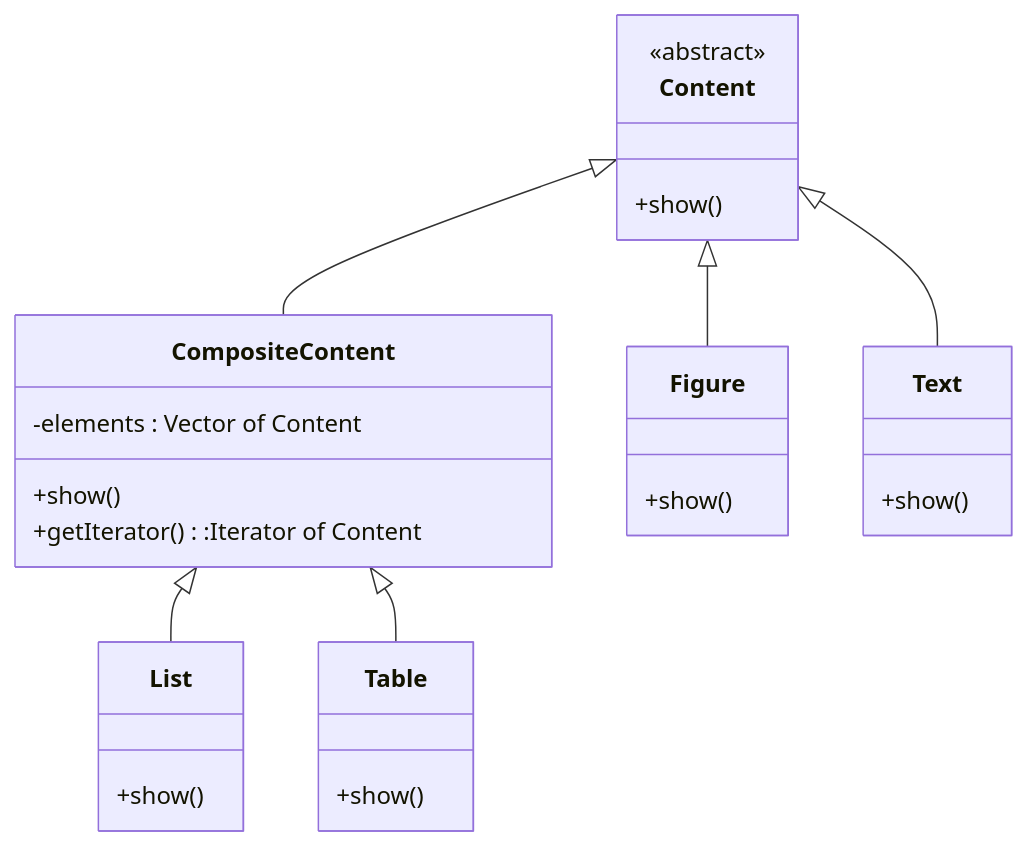
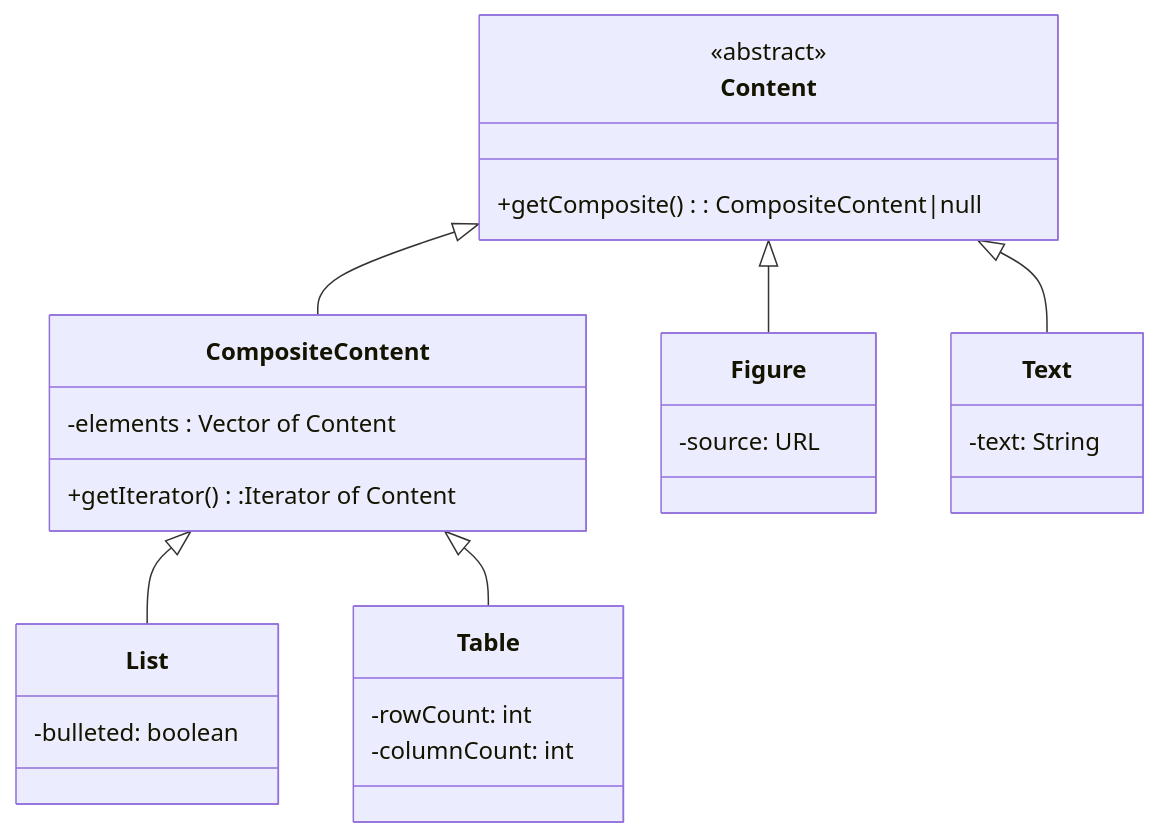
The third of 4 diagrams in domaindesign.md (Borrelhapje/design-for-change), drawn with Mermaid before and after one commit. The commit also changed other lines of this file and 1 other file, not shown here.

Commit message:
Added ToC slide to UL, removed show method from Content, added getComposite, added some properties.

````diff
--- a/domaindesign.md
+++ b/domaindesign.md
@@ -97,28 +96,29 @@
 ```mermaid
 classDiagram
 class Content{
 	<<abstract>>
-	+show()}
+	+getComposite(): CompositeContent|null
+}
 class CompositeContent{
 	-elements : Vector of Content
-	+show()
-        +getIterator():Iterator of Content
+    +getIterator():Iterator of Content
 }
 class List{
-	+show()
+    -bulleted: boolean
 }
 class Table{
-	+show()
+    -rowCount: int
+    -columnCount: int
 }
 class Figure{
-	+show()
+    -source: URL
 }
 class Text{
-	+show()
+    -text: String
 }
 Content <|-- Figure
 Content <|-- Text
 Content <|-- CompositeContent
 CompositeContent <|-- List
 CompositeContent <|-- Table
 ```
````
